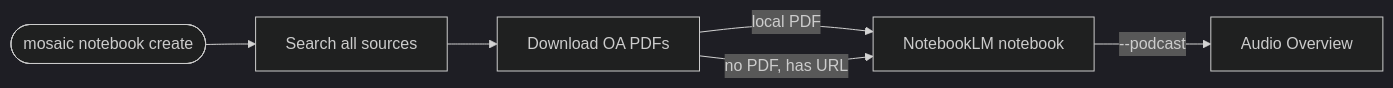
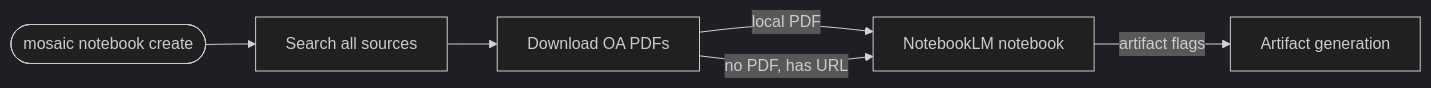
One commit to szaghi/mosaic changed the diagram in docs/guide/notebooklm.md. Above: the diagram before and after it, drawn with Mermaid (dark theme). The commit also changed other lines of this file and 3 other files, not shown here.

First line of the commit message:
feat(notebooklm): add artifact generation flags for all NotebookLM output types

````diff
--- a/docs/guide/notebooklm.md
+++ b/docs/guide/notebooklm.md
@@ -108,8 +303,8 @@
 ```mermaid
 flowchart LR
     Q([mosaic notebook create]) --> S[Search all sources]
     S --> D[Download OA PDFs]
     D -->|local PDF| NLM[NotebookLM notebook]
     D -->|no PDF, has URL| NLM
-    NLM -->|--podcast| AO[Audio Overview]
+    NLM -->|artifact flags| AF[Artifact generation]
 ```
````
